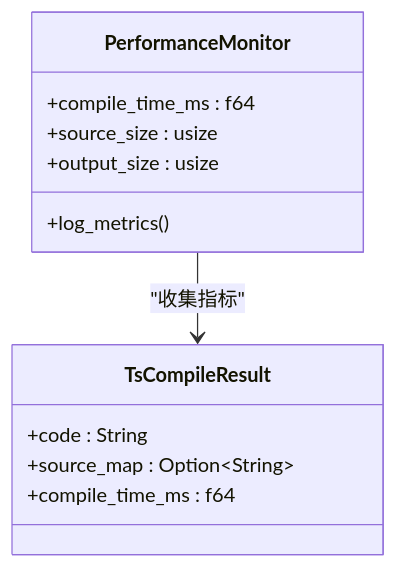
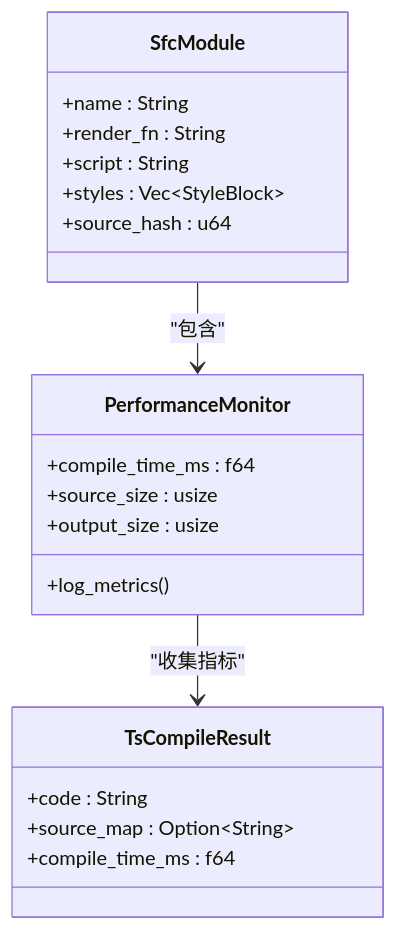
One commit to itszzl-sudo/iris changed diagram 19 of 19 in .qoder/repowiki/zh/content/技术架构详解/即时转译系统/SFC编译器初始化机制.md. Above: the diagram before and after it, drawn with Mermaid. The commit also changed other lines of this file and 3 other files, not shown here.

````diff
--- a/.qoder/repowiki/zh/content/技术架构详解/即时转译系统/SFC编译器初始化机制.md
+++ b/.qoder/repowiki/zh/content/技术架构详解/即时转译系统/SFC编译器初始化机制.md
@@ -545,15 +781,23 @@
 ```mermaid
 classDiagram
 class PerformanceMonitor {
 +compile_time_ms : f64
 +source_size : usize
 +output_size : usize
 +log_metrics()
 }
 class TsCompileResult {
 +code : String
 +source_map : Option~String~
 +compile_time_ms : f64
 }
+class SfcModule {
++name : String
++render_fn : String
++script : String
++styles : Vec~StyleBlock~
++source_hash : u64
+}
 PerformanceMonitor --> TsCompileResult : "收集指标"
+SfcModule --> PerformanceMonitor : "包含"
 ```
````
